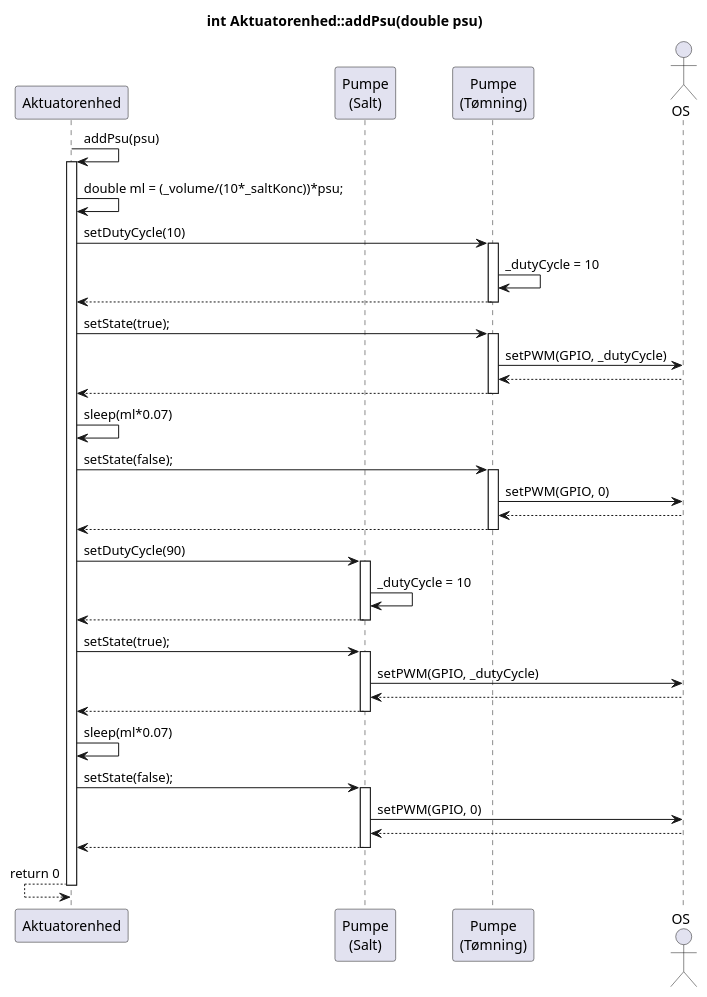
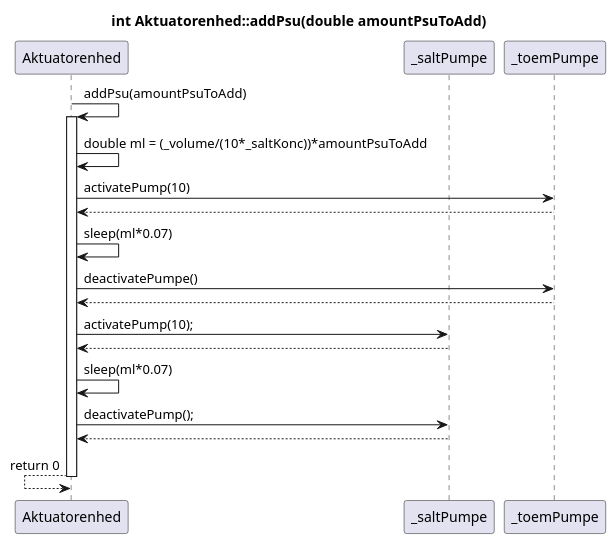
Before and after one commit to Solvgraa-mager/E4PRJ4: the diagram in Design/Akutuator enhed/Software/AE/SE_AE_addPsu.puml, drawn with PlantUML. The commit also changed 87 other files, not shown here.

```diff
--- a/Design/Akutuator enhed/Software/AE/SE_AE_addPsu.puml
+++ b/Design/Akutuator enhed/Software/AE/SE_AE_addPsu.puml
@@ -1,51 +1,24 @@
 @startuml SD_AE_addPsu
 
 Participant Aktuatorenhed as ae
-participant "Pumpe\n(Salt)" as sp
-participant "Pumpe\n(Tømning)" as tp
-actor OS as os
-title int Aktuatorenhed::addPsu(double psu)
+participant "_saltPumpe" as sp
+participant "_toemPumpe" as tp
+title int Aktuatorenhed::addPsu(double amountPsuToAdd)
 
-        ae -> ae : addPsu(psu)
+        ae -> ae : addPsu(amountPsuToAdd)
         activate ae
-        ae -> ae : double ml = (_volume/(10*_saltKonc))*psu;
-            ae -> tp :setDutyCycle(10)
-            activate tp
-            tp -> tp : _dutyCycle = 10
-            ae <-- tp
-            deactivate tp
-            ae -> tp : setState(true);
-            activate tp
-            tp -> os : setPWM(GPIO, _dutyCycle)
-            tp <-- os
-            ae <-- tp
-            deactivate tp
+        ae -> ae : double ml = (_volume/(10*_saltKonc))*amountPsuToAdd
+        ae -> tp : activatePump(10)
+        ae <-- tp
         ae -> ae : sleep(ml*0.07)
-        ae -> tp : setState(false);
-            activate tp
-            tp -> os : setPWM(GPIO, 0)
-            tp <-- os
-            ae <-- tp
-            deactivate tp
-            ae -> sp : setDutyCycle(90)
-            activate sp
-            sp -> sp : _dutyCycle = 10
-            ae <-- sp
-            deactivate sp
-            ae -> sp : setState(true);
-            activate sp
-            sp -> os : setPWM(GPIO, _dutyCycle)
-            sp <-- os
-            ae <-- sp
-            deactivate sp
+        ae -> tp : deactivatePumpe()
+        ae <-- tp
+        ae -> sp : activatePump(10);
+        ae <-- sp
         ae -> ae : sleep(ml*0.07)
-        ae -> sp : setState(false);
-            activate sp
-            sp -> os : setPWM(GPIO, 0)
-            sp <-- os
-            ae <-- sp
-            deactivate sp
-            ae <-- ae : return 0
+        ae -> sp : deactivatePump();
+        ae <-- sp
+        ae <-- ae : return 0
             deactivate ae
 
 @enduml
```
